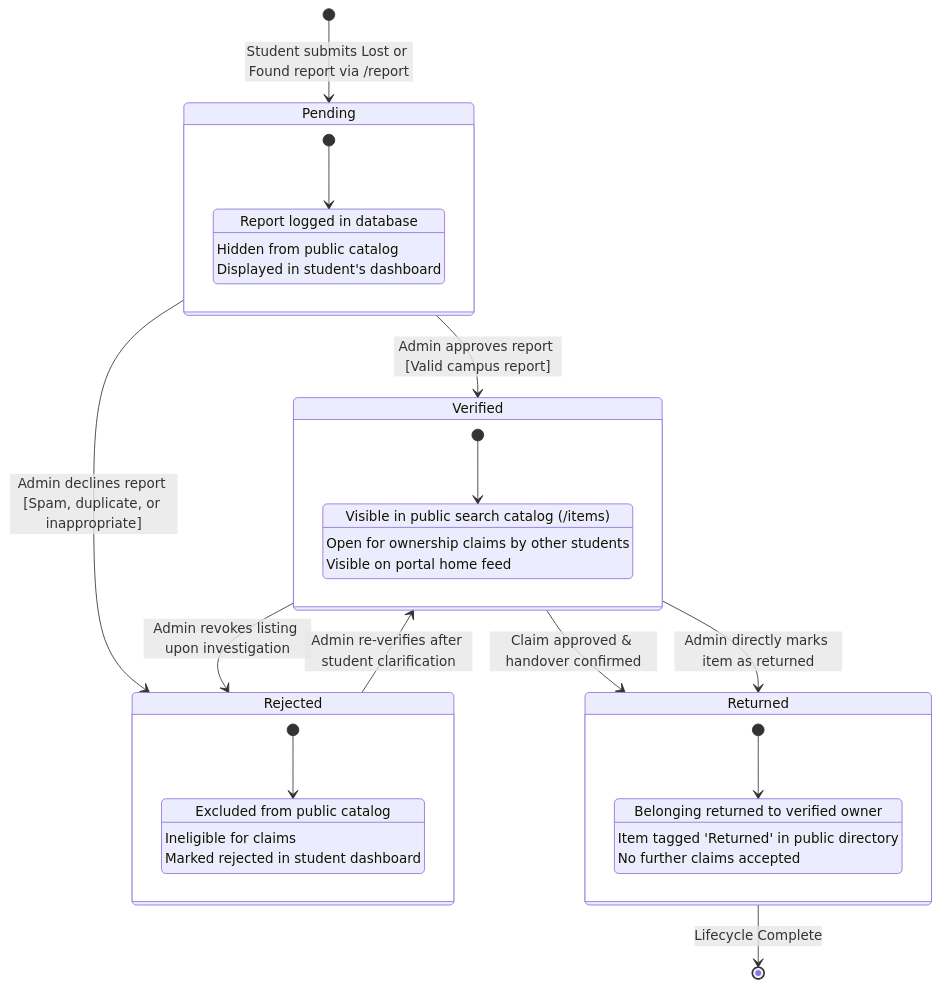
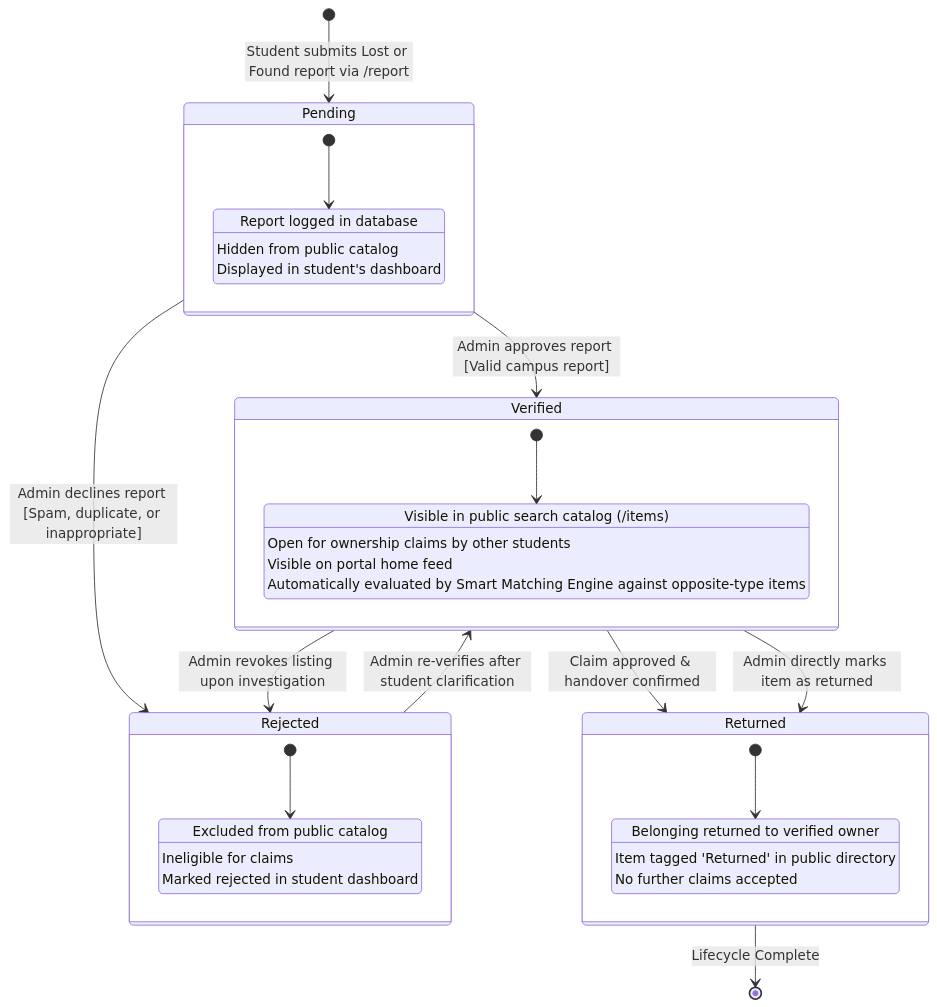
The diagram in docs/uml/state_machine.md (kalamhussain-hit/SE-MICROPROJECT), drawn with Mermaid before and after one commit. The commit also changed 17 other files, not shown here.

Commit message:
feat: implement Smart Lost-Found Multi-Attribute Matching novelty with explainable scoring, UI cards, tests, and documentation updates

````diff
--- a/docs/uml/state_machine.md
+++ b/docs/uml/state_machine.md
@@ -6,43 +6,44 @@
 ```mermaid
 stateDiagram-v2
     [*] --> Pending : Student submits Lost or Found report via /report
 
     state Pending {
         [*] --> AwaitingAdminReview
         AwaitingAdminReview : Report logged in database
         AwaitingAdminReview : Hidden from public catalog
         AwaitingAdminReview : Displayed in student's dashboard
     }
 
     Pending --> Verified : Admin approves report [Valid campus report]
     Pending --> Rejected : Admin declines report [Spam, duplicate, or inappropriate]
 
     state Verified {
         [*] --> CatalogPublished
         CatalogPublished : Visible in public search catalog (/items)
         CatalogPublished : Open for ownership claims by other students
         CatalogPublished : Visible on portal home feed
+        CatalogPublished : Automatically evaluated by Smart Matching Engine against opposite-type items
     }
 
     Verified --> Returned : Claim approved & handover confirmed
     Verified --> Returned : Admin directly marks item as returned
     Verified --> Rejected : Admin revokes listing upon investigation
 
     state Rejected {
         [*] --> ReportArchived
         ReportArchived : Excluded from public catalog
         ReportArchived : Ineligible for claims
         ReportArchived : Marked rejected in student dashboard
     }
 
     Rejected --> Verified : Admin re-verifies after student clarification
 
     state Returned {
         [*] --> HandoverFinalized
         HandoverFinalized : Belonging returned to verified owner
         HandoverFinalized : Item tagged 'Returned' in public directory
         HandoverFinalized : No further claims accepted
     }
 
     Returned --> [*] : Lifecycle Complete
 ```
````
